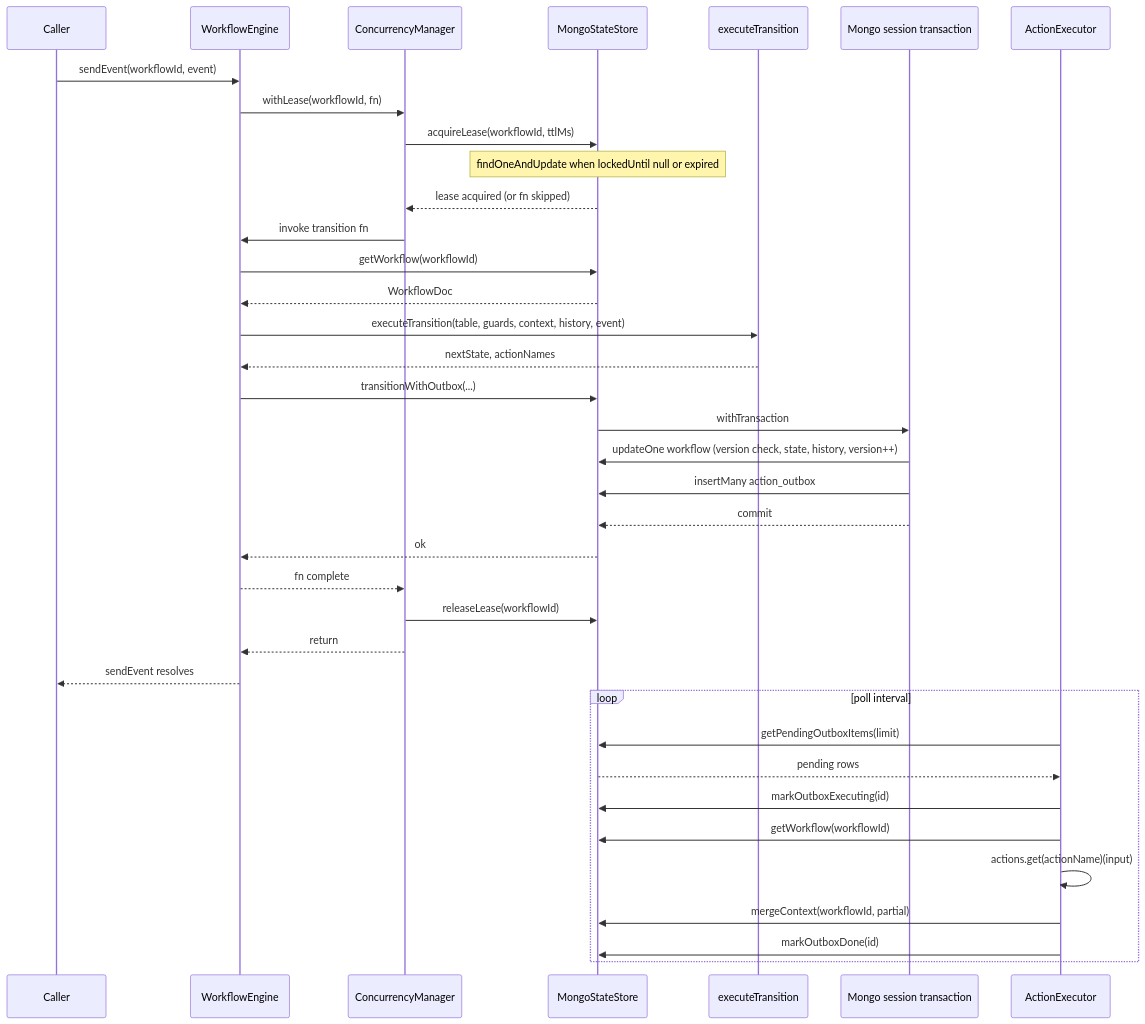
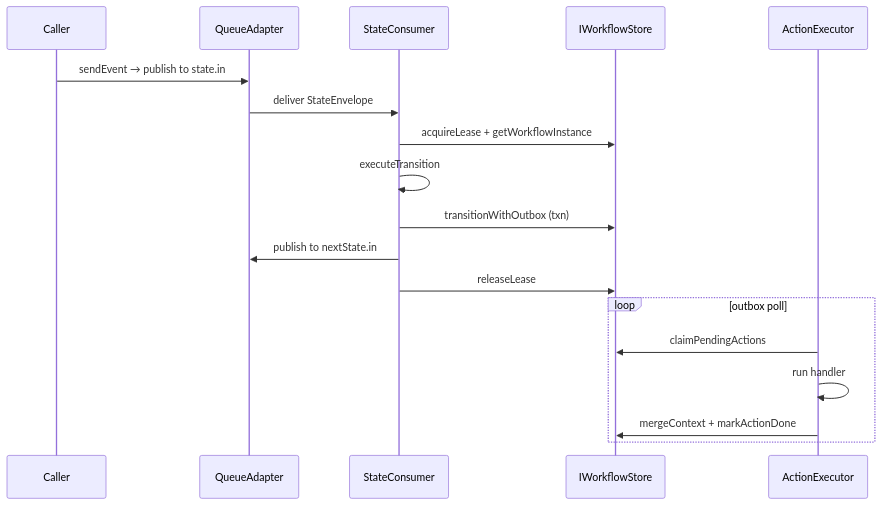
The diagram in docs/architecture.md (EklabDev/dfsm), drawn with Mermaid before and after one commit. The commit also changed other lines of this file and 88 other files, not shown here.

````diff
--- a/docs/architecture.md
+++ b/docs/architecture.md
@@ -65,45 +65,22 @@
 ```mermaid
 sequenceDiagram
   participant Caller
-  participant Engine as WorkflowEngine
-  participant CM as ConcurrencyManager
-  participant Store as MongoStateStore
-  participant TE as executeTransition
-  participant Txn as Mongo session transaction
+  participant Queue as QueueAdapter
+  participant SC as StateConsumer
+  participant Store as IWorkflowStore
   participant AE as ActionExecutor
 
-  Caller->>Engine: sendEvent(workflowId, event)
-  Engine->>CM: withLease(workflowId, fn)
-  CM->>Store: acquireLease(workflowId, ttlMs)
-  Note over Store: findOneAndUpdate when lockedUntil null or expired
-  Store-->>CM: lease acquired (or fn skipped)
+  Caller->>Queue: sendEvent → publish to state.in
+  Queue->>SC: deliver StateEnvelope
+  SC->>Store: acquireLease + getWorkflowInstance
+  SC->>SC: executeTransition
+  SC->>Store: transitionWithOutbox (txn)
+  SC->>Queue: publish to nextState.in
+  SC->>Store: releaseLease
 
-  CM->>Engine: invoke transition fn
-  Engine->>Store: getWorkflow(workflowId)
-  Store-->>Engine: WorkflowDoc
-
-  Engine->>TE: executeTransition(table, guards, context, history, event)
-  TE-->>Engine: nextState, actionNames
-
-  Engine->>Store: transitionWithOutbox(...)
-  Store->>Txn: withTransaction
-  Txn->>Store: updateOne workflow (version check, state, history, version++)
-  Txn->>Store: insertMany action_outbox
-  Txn-->>Store: commit
-  Store-->>Engine: ok
-
-  Engine-->>CM: fn complete
-  CM->>Store: releaseLease(workflowId)
-  CM-->>Engine: return
-  Engine-->>Caller: sendEvent resolves
-
-  loop poll interval
-    AE->>Store: getPendingOutboxItems(limit)
-    Store-->>AE: pending rows
-    AE->>Store: markOutboxExecuting(id)
-    AE->>Store: getWorkflow(workflowId)
-    AE->>AE: actions.get(actionName)(input)
-    AE->>Store: mergeContext(workflowId, partial)
-    AE->>Store: markOutboxDone(id)
+  loop outbox poll
+    AE->>Store: claimPendingActions
+    AE->>AE: run handler
+    AE->>Store: mergeContext + markActionDone
   end
 ```
````
